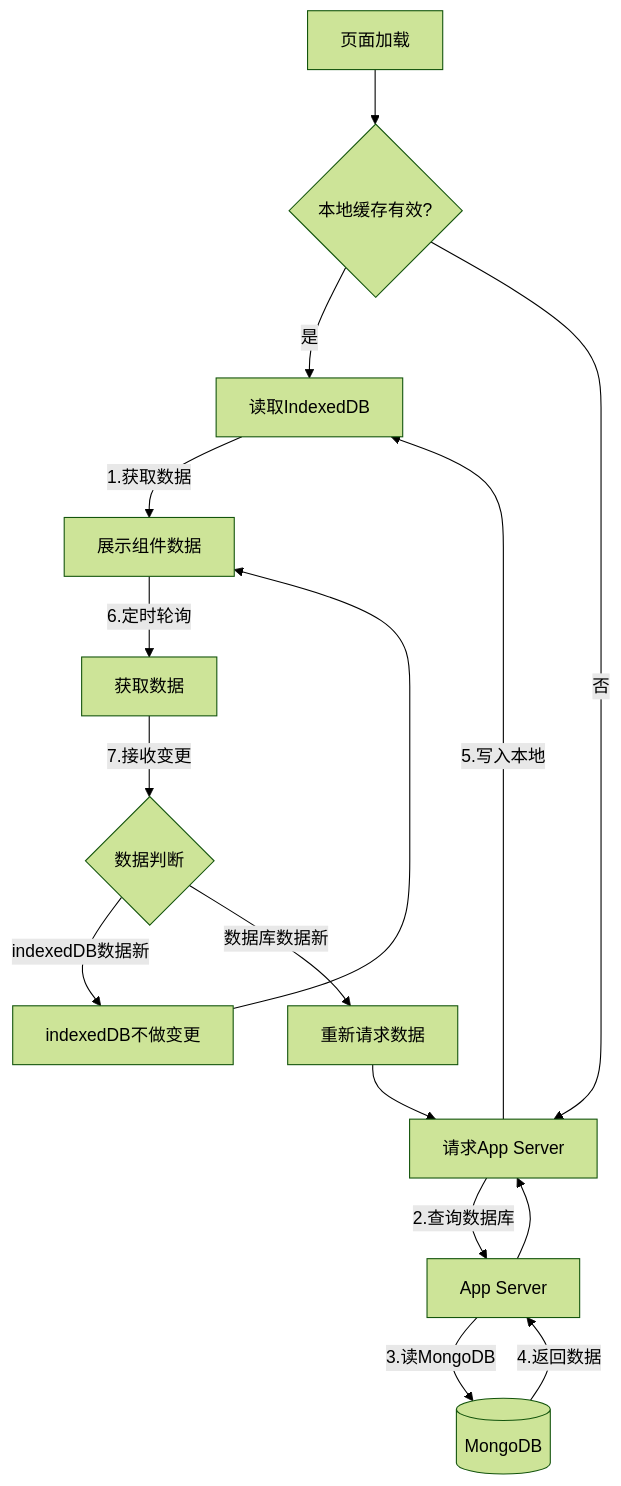
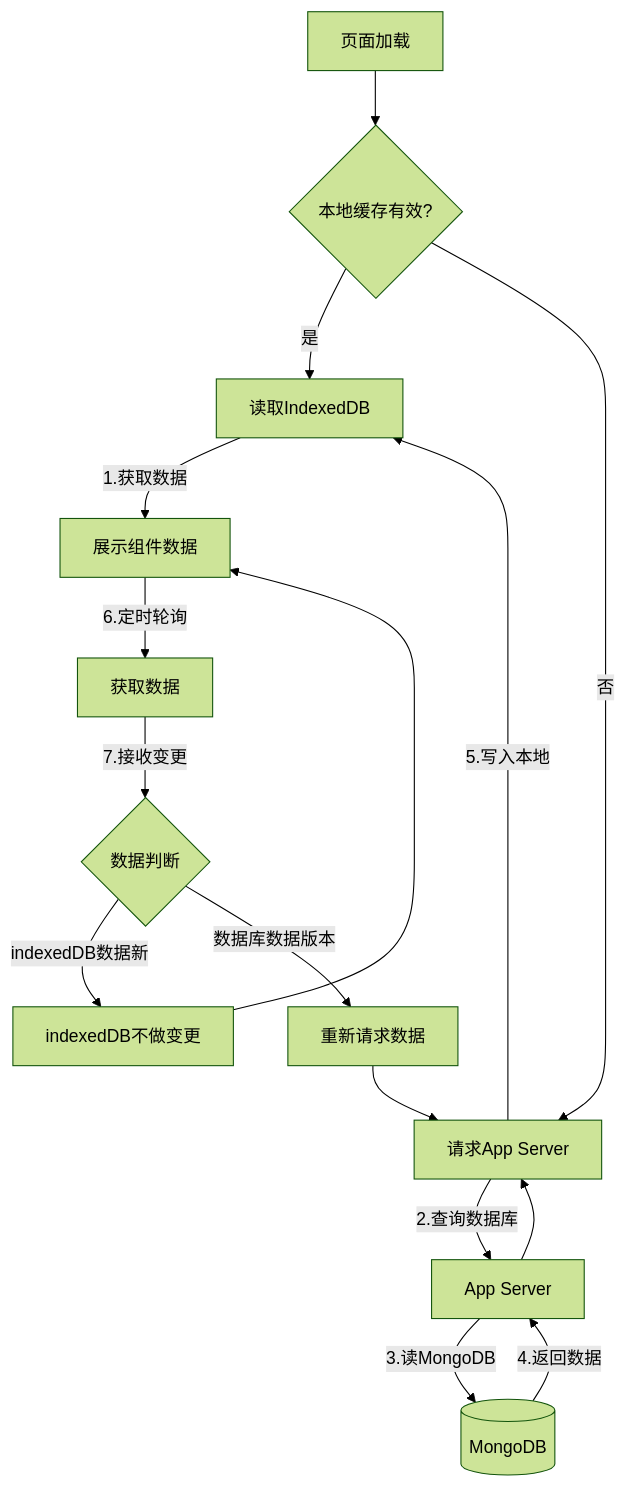
The diagram in all/未命名-21.md (yingjianzh/iodraw-files), drawn with Mermaid (forest theme) before and after one commit.

Commit message:
2025-02-18 11:34:02 update

````diff
--- a/all/未命名-21.md
+++ b/all/未命名-21.md
@@ -1,19 +1,19 @@
 ```mermaid
 
 graph TD
     A[页面加载] --> B{本地缓存有效?}
     B -->|是| C[读取IndexedDB]
     B -->|否| D[请求App Server]
     C -->|1.获取数据| E[展示组件数据]
     D -->|2.查询数据库| F[App Server]
     F -->|3.读MongoDB| G[(MongoDB)]
     G -->|4.返回数据| F --> D
     D -->|5.写入本地| C
     E -->|6.定时轮询| H[获取数据]
     H -->|7.接收变更| I{数据判断}
     I -->|indexedDB数据新| J[indexedDB不做变更]
-    I -->|数据库数据新| K[重新请求数据]
+    I -->|数据库数据版本| K[重新请求数据]
     J --> E
     K --> D
 
 ```
````
